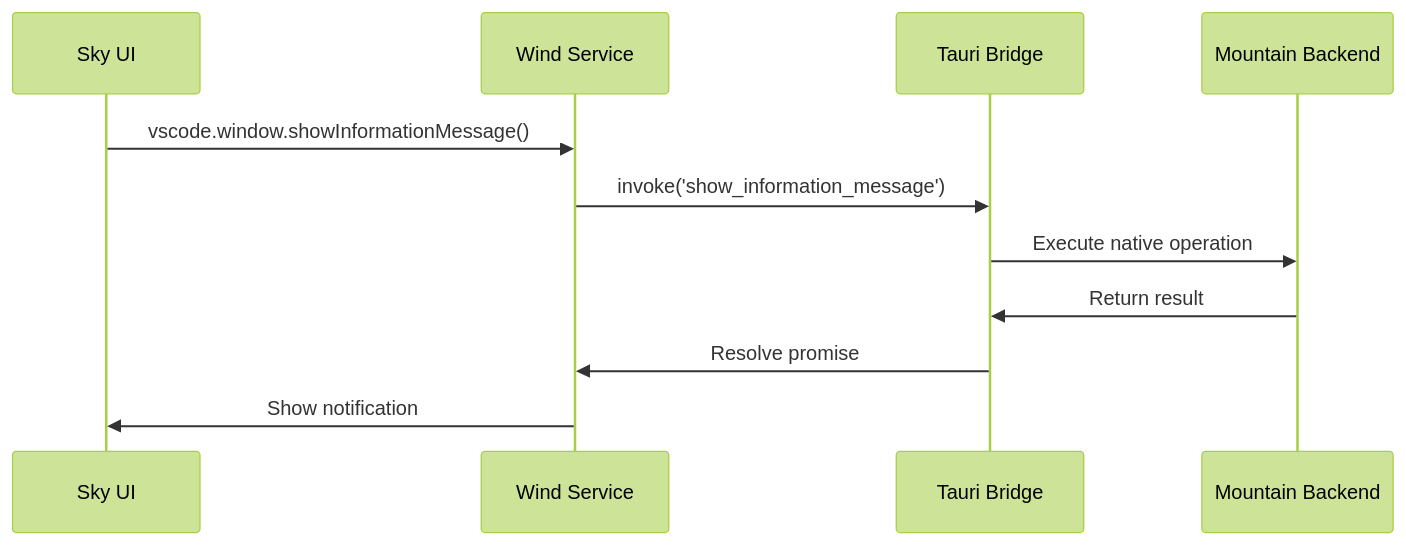
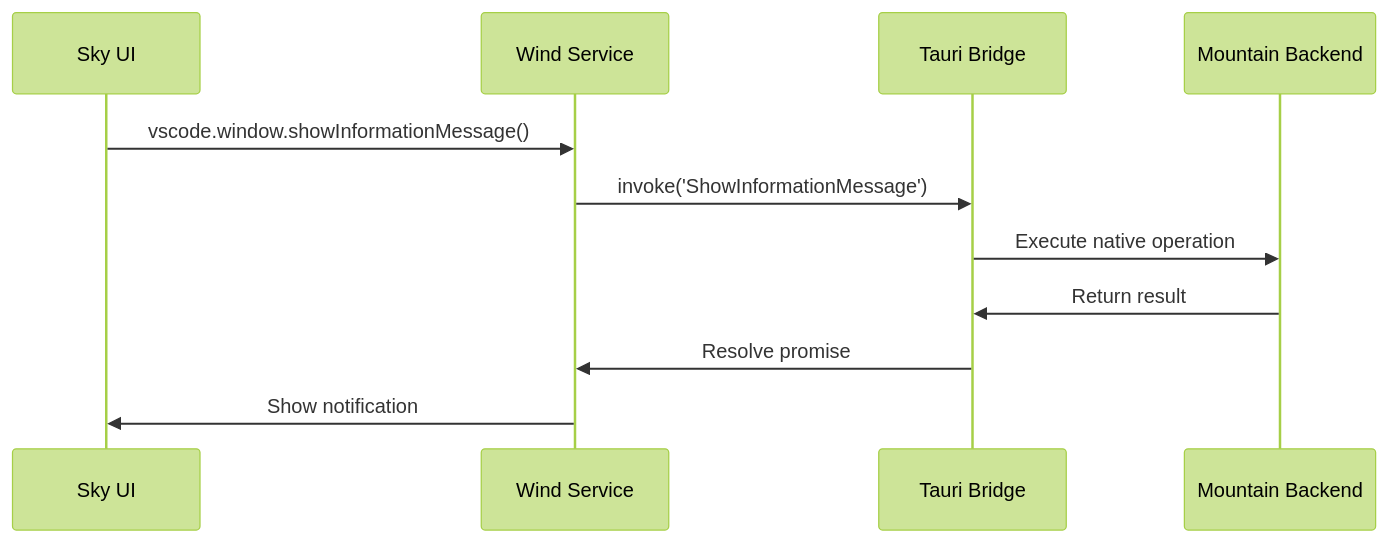
The tenth of 10 diagrams in Documentation/GitHub/DeepDive.md (CodeEditorLand/Wind), drawn with Mermaid (forest theme) before and after one commit. The commit also changed 19 other files, not shown here.

````diff
--- a/Documentation/GitHub/DeepDive.md
+++ b/Documentation/GitHub/DeepDive.md
@@ -572,14 +572,14 @@
 ```mermaid
 sequenceDiagram
     participant Sky as Sky UI
     participant Wind as Wind Service
     participant Tauri as Tauri Bridge
     participant Mountain as Mountain Backend
 
     Sky->>Wind: vscode.window.showInformationMessage()
-    Wind->>Tauri: invoke('show_information_message')
+    Wind->>Tauri: invoke('ShowInformationMessage')
     Tauri->>Mountain: Execute native operation
     Mountain->>Tauri: Return result
     Tauri->>Wind: Resolve promise
     Wind->>Sky: Show notification
 ```
````
